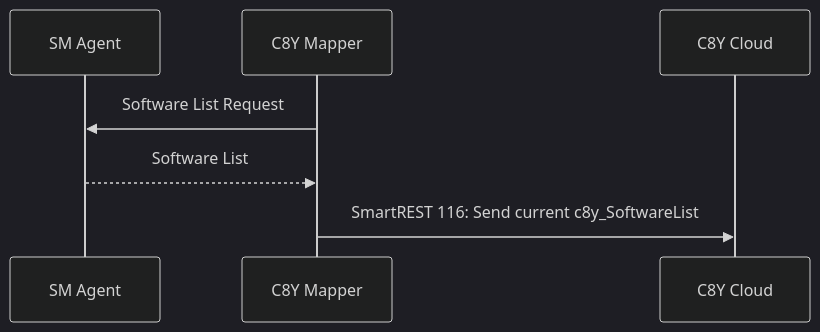
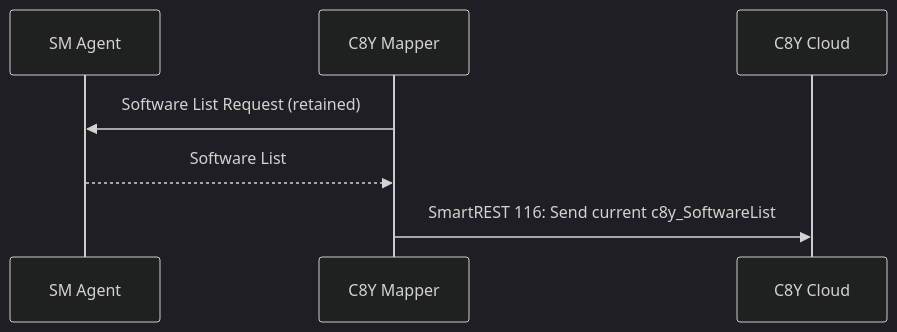
Before and after one commit to thin-edge/thin-edge.io-specs: the first of 3 diagrams in src/software-management/c8y-mapper-operation-handling.md, drawn with Mermaid (dark theme). The commit also changed other lines of this file and 1 other file, not shown here.

Commit message:
Sync to SM Agent specs

````diff
--- a/src/software-management/c8y-mapper-operation-handling.md
+++ b/src/software-management/c8y-mapper-operation-handling.md
@@ -9,10 +10,10 @@
 ```mermaid
 sequenceDiagram
     participant SM Agent
     participant C8Y Mapper
     participant C8Y Cloud
 
-    C8Y Mapper ->> SM Agent: Software List Request
+    C8Y Mapper ->> SM Agent: Software List Request (retained)
     SM Agent -->> C8Y Mapper: Software List
     C8Y Mapper ->> C8Y Cloud: SmartREST 116: Send current c8y_SoftwareList
 ```
````
